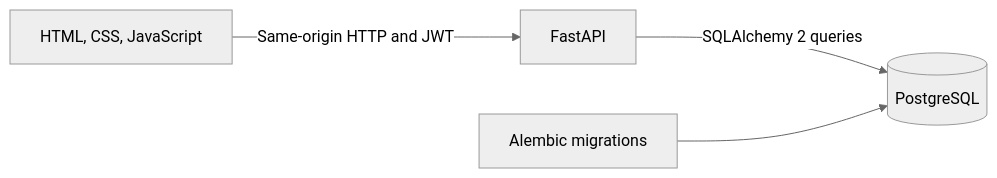
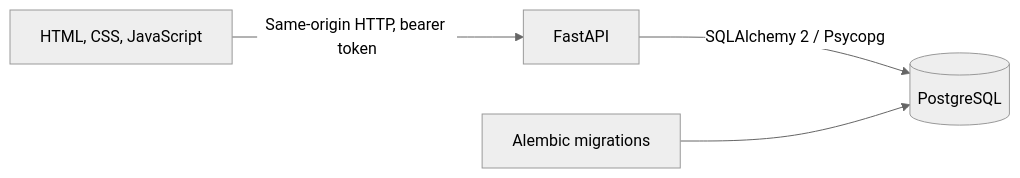
The diagram in README.md (Sahil-aka/newtonite-ops-2300970100163), drawn with Mermaid (neutral theme) before and after one commit. The commit also changed other lines of this file and 1 other file, not shown here.

````diff
--- a/README.md
+++ b/README.md
@@ -74,6 +155,6 @@
 ```mermaid
 flowchart LR
-  Browser[HTML, CSS, JavaScript] -->|Same-origin HTTP and JWT| API[FastAPI]
-  API -->|SQLAlchemy 2 queries| DB[(PostgreSQL)]
-  Migrations[Alembic migrations] --> DB
+  Browser[HTML, CSS, JavaScript] -->|Same-origin HTTP, bearer token| API[FastAPI]
+  API -->|SQLAlchemy 2 / Psycopg| DB[(PostgreSQL)]
+  Migration[Alembic migrations] --> DB
 ```
````
